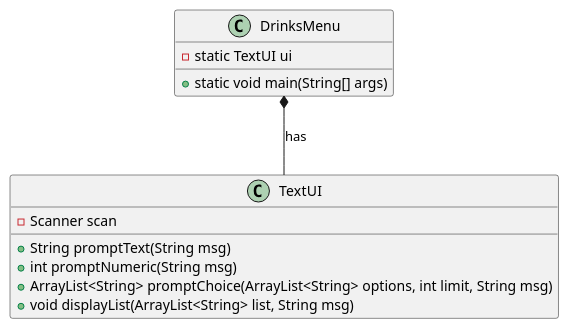
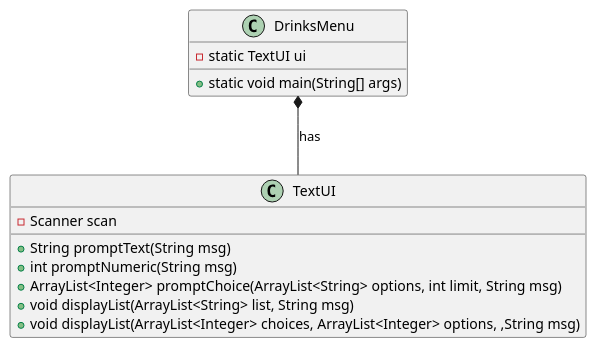
One commit to Eligoon/DrinksMenu changed the diagram in doc/TextUIclassdiagram.puml. Above: the diagram before and after it, drawn with PlantUML. The commit also changed 2 other files, not shown here.

```diff
--- a/doc/TextUIclassdiagram.puml
+++ b/doc/TextUIclassdiagram.puml
@@ -1,20 +1,21 @@
 @startuml
 
 class TextUI {
 - Scanner scan
 ' shows a message and returns the user's input as a String
 + String promptText(String msg)
 ' shows a message and returns the user's input as an integer
 + int promptNumeric(String msg)
 ' shows the options, promts for choices until limit is reached, and returns the user's choices as a list
-+ ArrayList<String> promptChoice(ArrayList<String> options, int limit, String msg)
++ ArrayList<Integer> promptChoice(ArrayList<String> options, int limit, String msg)
 ' shows a message and lists the content of a list
 + void displayList(ArrayList<String> list, String msg)
++ void displayList(ArrayList<Integer> choices, ArrayList<Integer> options, ,String msg)
 }
 
 class DrinksMenu {
 - static TextUI ui
 + static void main(String[] args)
 }
 DrinksMenu *-- TextUI: has
 @enduml
```
